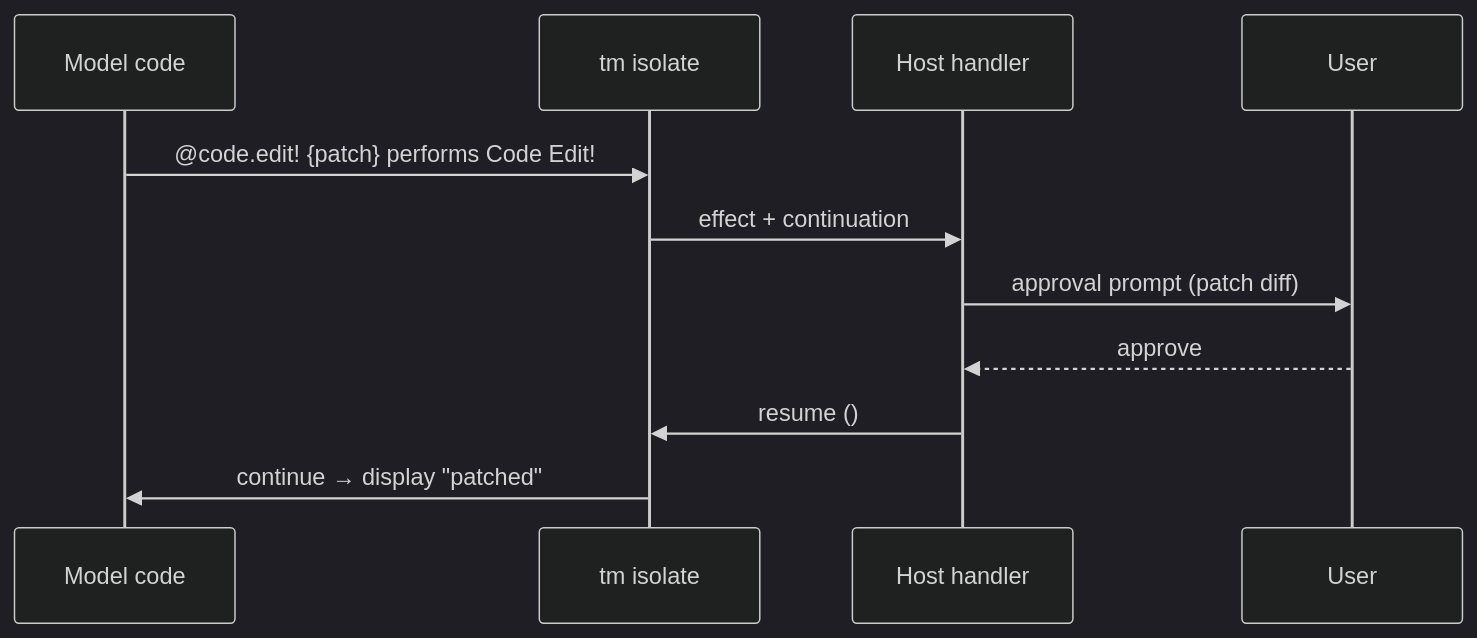
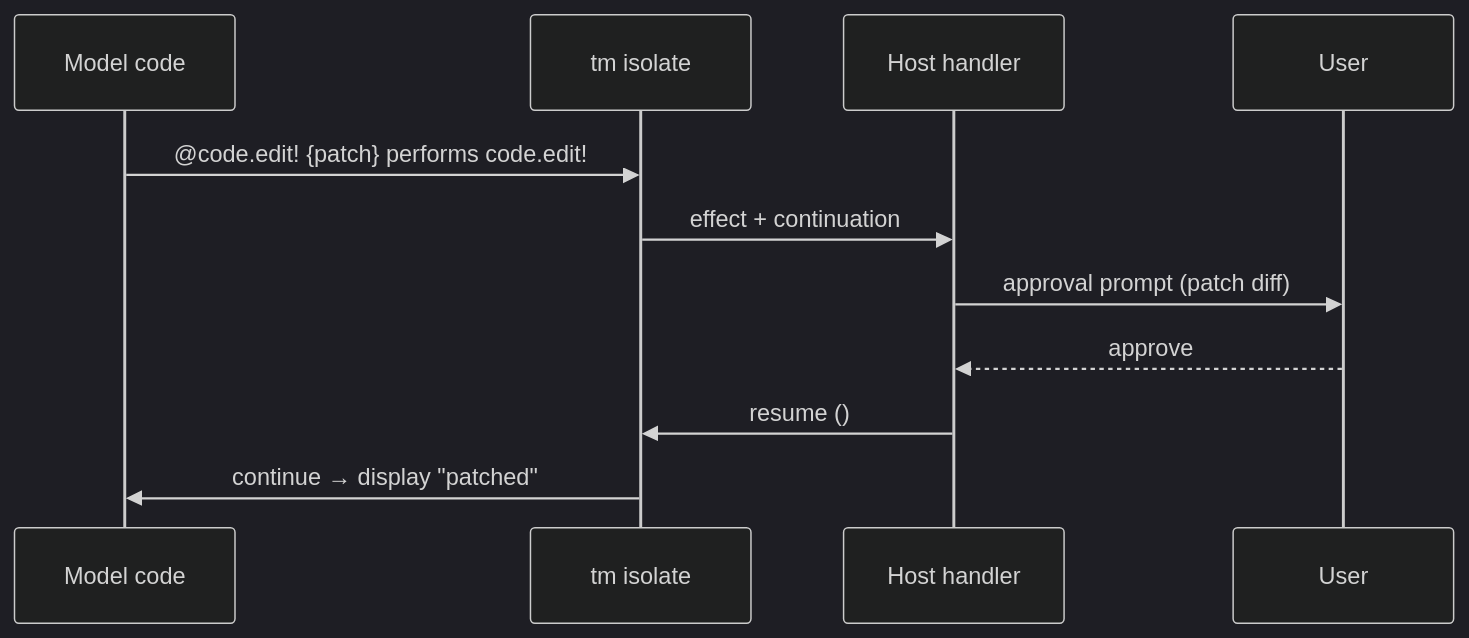
One commit to mozufu/TempestMiku changed the diagram in docs/design/tm/03-effects-approval.md. Above: the diagram before and after it, drawn with Mermaid (dark theme). The commit also changed other lines of this file and 3 other files, not shown here.

````diff
--- a/docs/design/tm/03-effects-approval.md
+++ b/docs/design/tm/03-effects-approval.md
@@ -91,13 +109,13 @@
 ```mermaid
 sequenceDiagram
   participant M as Model code
   participant I as tm isolate
   participant H as Host handler
   participant U as User
-  M->>I: @code.edit! {patch} performs Code Edit!
+  M->>I: @code.edit! {patch} performs code.edit!
   I->>H: effect + continuation
   H->>U: approval prompt (patch diff)
   U-->>H: approve
   H->>I: resume ()
   I->>M: continue → display "patched"
 ```
````
